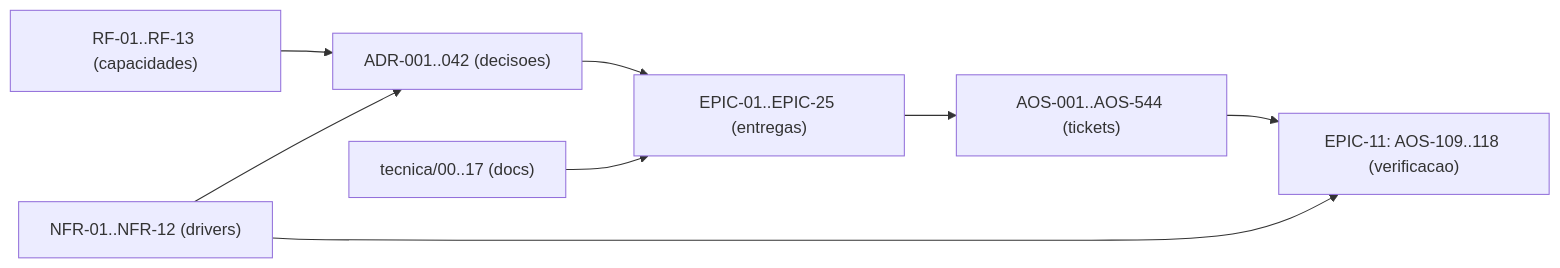
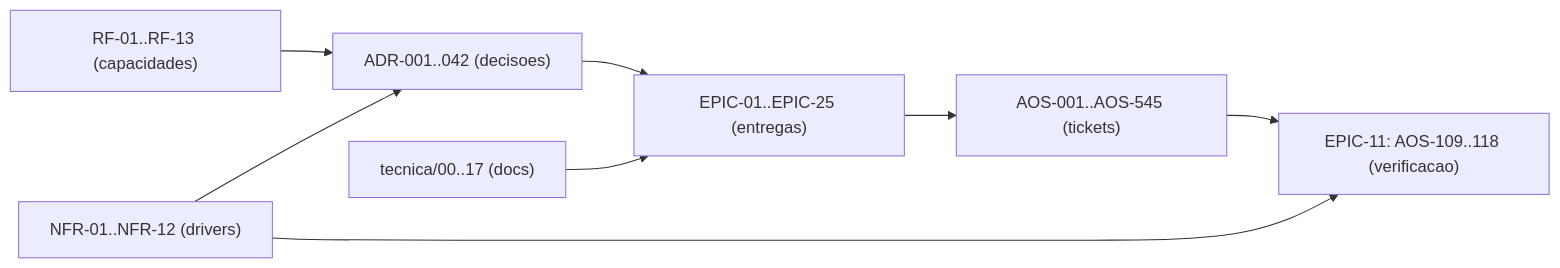
Before and after one commit to albinoJimy/aos: the diagram in tecnica/16_Rastreabilidade_RTM.md, drawn with Mermaid. The commit also changed other lines of this file and 5 other files, not shown here.

````diff
--- a/tecnica/16_Rastreabilidade_RTM.md
+++ b/tecnica/16_Rastreabilidade_RTM.md
@@ -211,10 +211,10 @@
 ```mermaid
 flowchart LR
     RF["RF-01..RF-13 (capacidades)"] --> ADR["ADR-001..042 (decisoes)"]
     NFR["NFR-01..NFR-12 (drivers)"] --> ADR
     ADR --> EPIC["EPIC-01..EPIC-25 (entregas)"]
-    EPIC --> TICK["AOS-001..AOS-544 (tickets)"]
+    EPIC --> TICK["AOS-001..AOS-545 (tickets)"]
     DOC["tecnica/00..17 (docs)"] --> EPIC
     TICK --> TEST["EPIC-11: AOS-109..118 (verificacao)"]
     NFR --> TEST
 ```
````
